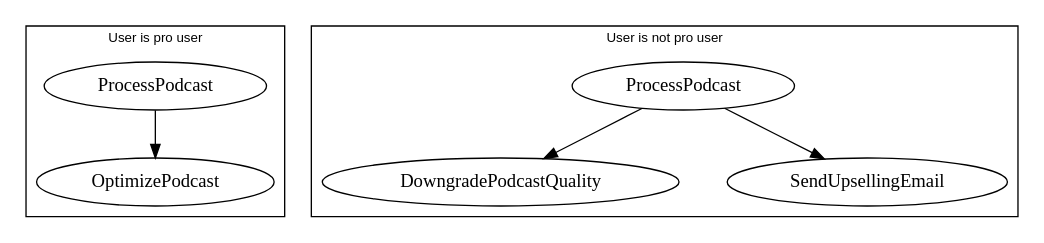
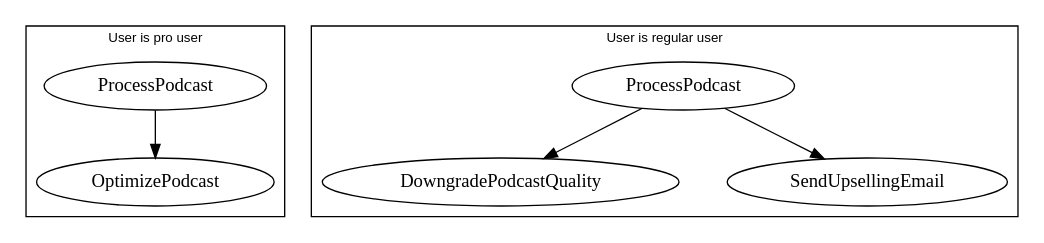
The diagram in docs/public/workflow-conditional-jobs.dot (ksassnowski/venture-docs), drawn with Graphviz before and after one commit. The commit also changed 9 other files, not shown here.

```diff
--- a/docs/public/workflow-conditional-jobs.dot
+++ b/docs/public/workflow-conditional-jobs.dot
@@ -1,24 +1,24 @@
 digraph {
     nodesep=0.5;
 
     subgraph cluster1 {
         label="User is pro user"
         fontname="sans-serif"
         fontsize=10
         labelloc="t"
 
         process1 [label="ProcessPodcast"];
         process1 -> OptimizePodcast;
     }
 
     subgraph cluster2 {
-        label="User is not pro user"
+        label="User is regular user"
         fontname="sans-serif"
         fontsize=10
         labelloc="t"
 
         process2 [label="ProcessPodcast"];
         process2 -> DowngradePodcastQuality;
         process2 -> SendUpsellingEmail;
     }
 }
```
